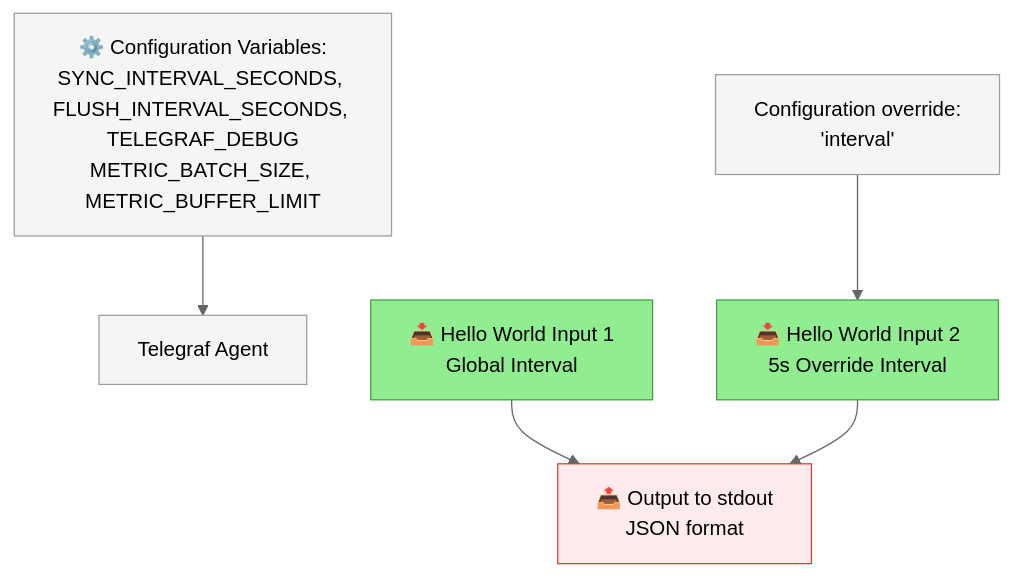
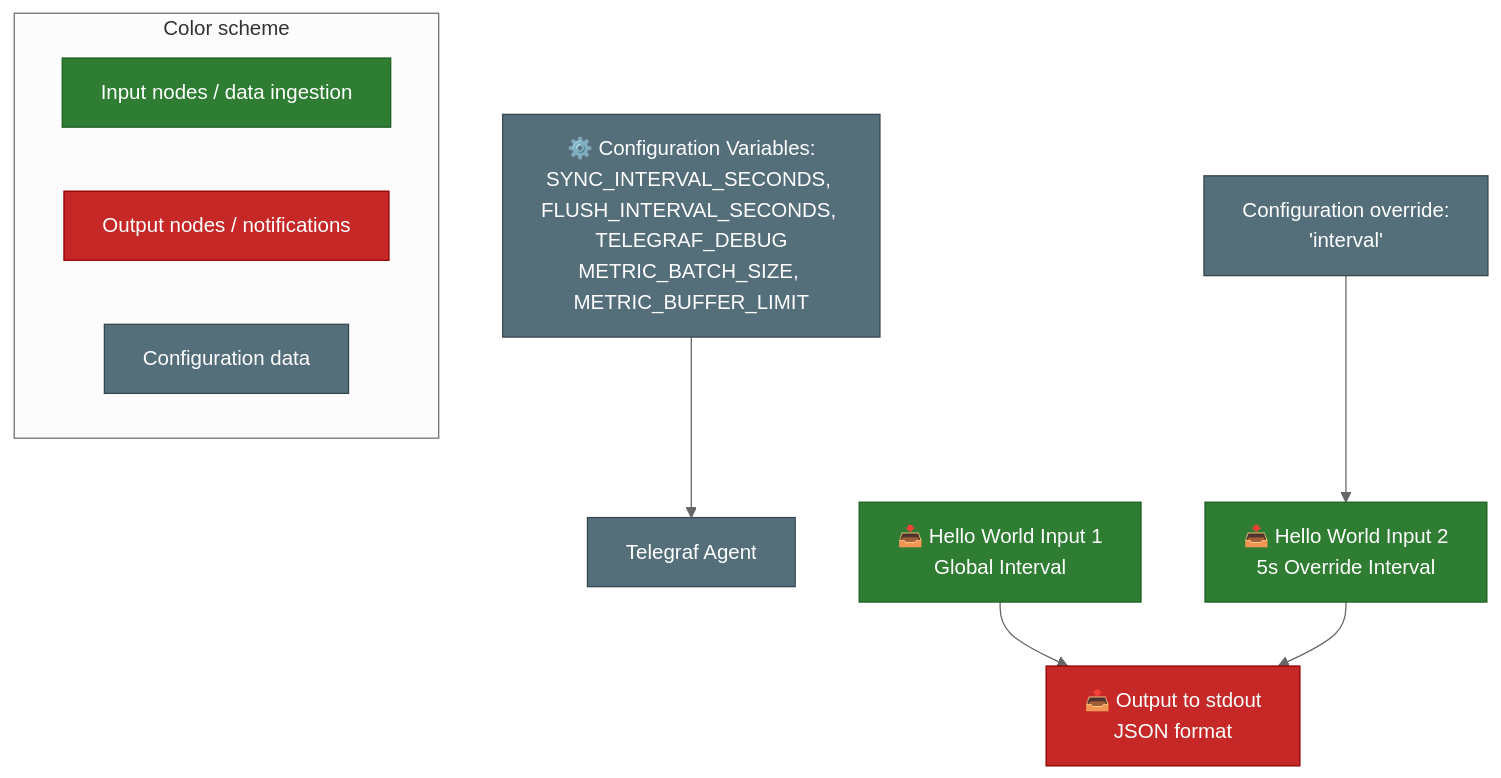
One commit to AntiqArch/readme-sandbox changed the first of 2 diagrams in fixedit-hello-world-exec/README.md. Above: the diagram before and after it, drawn with Mermaid (neutral theme). The commit also changed other lines of this file and 6 other files, not shown here.

````diff
--- a/fixedit-hello-world-exec/README.md
+++ b/fixedit-hello-world-exec/README.md
@@ -39,18 +33,27 @@
 ```mermaid
 flowchart TD
     X0["⚙️ Configuration Variables:<br/>SYNC_INTERVAL_SECONDS, FLUSH_INTERVAL_SECONDS, TELEGRAF_DEBUG<br/>METRIC_BATCH_SIZE, METRIC_BUFFER_LIMIT"] --> X1
     X1["Telegraf Agent"]
 
     X2["Configuration override:<br/>'interval'"] --> A2
 
     A1["📥 Hello World Input 1<br/>Global Interval"] --> C
     A2["📥 Hello World Input 2<br/>5s Override Interval"] --> C
     C["📤 Output to stdout<br/>JSON format"]
 
-    style X0 fill:#f5f5f5,stroke:#9e9e9e,color:#000000
-    style X1 fill:#f5f5f5,stroke:#9e9e9e,color:#000000
-    style X2 fill:#f5f5f5,stroke:#9e9e9e,color:#000000
-    style A1 fill:#90EE90,stroke:#43a047,color:#000000
-    style A2 fill:#90EE90,stroke:#43a047,color:#000000
-    style C fill:#ffebee,stroke:#e53935,color:#000000
+    subgraph Legend["Color scheme"]
+        direction LR
+        L1["Input nodes / data ingestion"]
+        L2["Output nodes / notifications"]
+        L3["Configuration data"]
+    end
+
+    classDef config fill:#546e7a,stroke:#37474f,color:#ffffff
+    classDef input fill:#2e7d32,stroke:#1b5e20,color:#ffffff
+    classDef output fill:#c62828,stroke:#8e0000,color:#ffffff
+
+    class X0,X1,X2,L3 config
+    class A1,A2,L1 input
+    class C,L2 output
+
 ```
````
